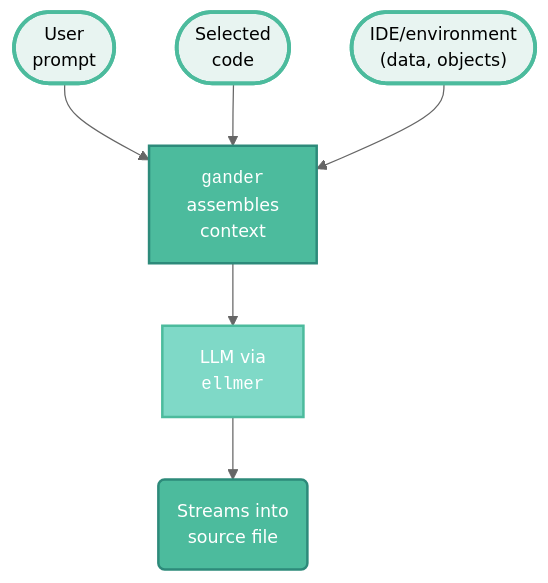
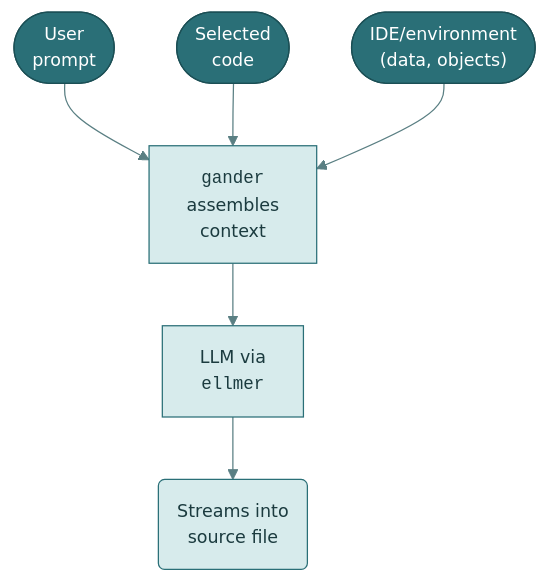
The diagram in gander.qmd (mjfrigaard/shiny-app-pkgs), drawn with Mermaid before and after one commit. The commit also changed 22 other files, not shown here.

First line of the commit message:
Standardize mermaid diagrams on the site teal palette

````diff
--- a/gander.qmd
+++ b/gander.qmd
@@ -249,22 +249,21 @@
 ```{mermaid}
 %%| fig-cap: 'gander development'
 %%| eval: true 
 %%| echo: false
 %%| fig-align: center
-%%{init: {'theme': 'neutral', 'themeVariables': { 'fontFamily': 'monospace', "fontSize":"14px"}}}%%
+%%{init: {'theme': 'base', 'themeVariables': { 'fontFamily': 'monospace', "fontSize":"14px", "primaryColor":"#D7EBEC", "primaryTextColor":"#1B3B3F", "primaryBorderColor":"#2A6F77", "lineColor":"#5A7F83", "edgeLabelBackground":"#FFFFFF", "clusterBkg":"#F3F8F8", "clusterBorder":"#2A6F77", "darkMode":false}}}%%
 
 flowchart TD
     User(["User<br>prompt"]) --> Gander["<code>gander</code><br>assembles<br>context"]
     Selection(["Selected<br>code"]) --> Gander
     EnvSnapshot(["IDE/environment<br>(data, objects)"]) --> Gander
     Gander --> LLM["LLM via<br><code>ellmer</code>"]
     LLM --> Insert("Streams into<br>source file")
 
-    style User fill:#e8f4f1,stroke:#4CBB9D,stroke-width:3px,color:#000
-    style Selection fill:#e8f4f1,stroke:#4CBB9D,stroke-width:3px,color:#000
-    style EnvSnapshot fill:#e8f4f1,stroke:#4CBB9D,stroke-width:3px,color:#000
-    style Gander fill:#4CBB9D,stroke:#2d8a7a,stroke-width:2px,color:#fff
-    style LLM fill:#7fd9c7,stroke:#4CBB9D,stroke-width:2px,color:#fff
-    style Insert fill:#4CBB9D,stroke:#2d8a7a,stroke-width:2px,color:#fff
-
+    classDef term fill:#2A6F77,color:#FFFFFF,stroke:#1B4F55,stroke-width:1px
+    classDef step fill:#D7EBEC,color:#1B3B3F,stroke:#2A6F77,stroke-width:1px
+    classDef decision fill:#F4C26B,color:#3D2A00,stroke:#B7832B,stroke-width:1px
+    classDef io fill:#FFFFFF,color:#1B3B3F,stroke:#2A6F77,stroke-width:1px
+    class User,Selection,EnvSnapshot term
+    class Gander,LLM,Insert step
 ```
````
